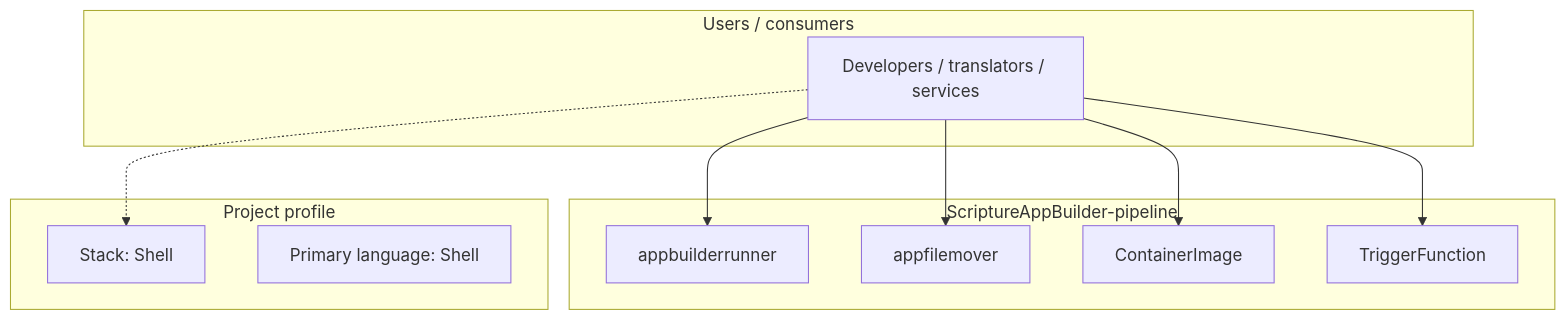
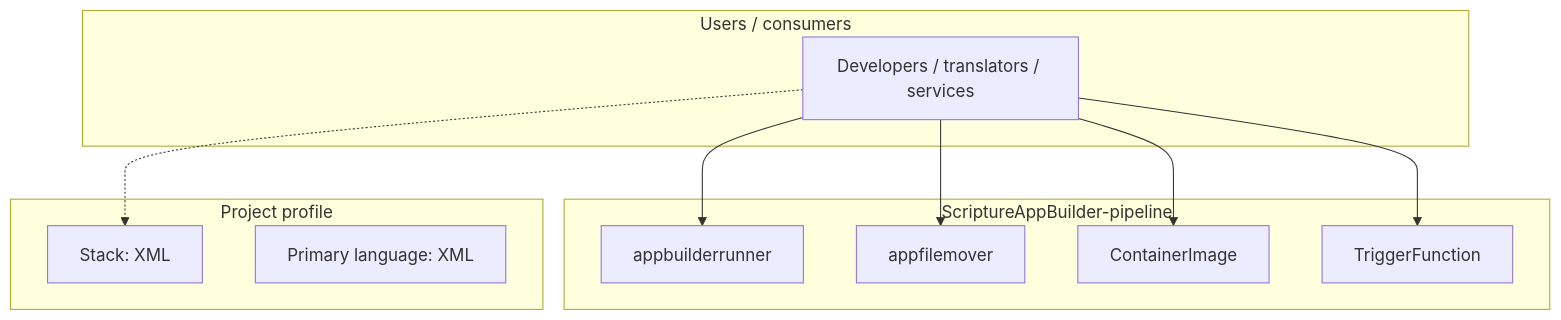
Before and after one commit to AnonymousWalker/project-repos-diagram: the first of 3 diagrams in architecture/Bible-Translation-Tools/ScriptureAppBuilder-pipeline-architecture.md, drawn with Mermaid. The commit also changed other lines of this file and 18 other files, not shown here.

Commit message:
chore: refresh architecture diagrams

````diff
--- a/architecture/Bible-Translation-Tools/ScriptureAppBuilder-pipeline-architecture.md
+++ b/architecture/Bible-Translation-Tools/ScriptureAppBuilder-pipeline-architecture.md
@@ -9,24 +9,24 @@
 ```mermaid
 flowchart TB
   subgraph users["Users / consumers"]
     Users["Developers / translators / services"]
   end
 
   subgraph project["ScriptureAppBuilder-pipeline"]
     M0["appbuilderrunner"]
     M1["appfilemover"]
     M2["ContainerImage"]
     M3["TriggerFunction"]
   end
 
   subgraph meta["Project profile"]
-    Stack["Stack: Shell"]
-    Lang["Primary language: Shell"]
+    Stack["Stack: XML"]
+    Lang["Primary language: XML"]
   end
 
   Users --> M0
   Users --> M1
   Users --> M2
   Users --> M3
   Users -.-> Stack
 ```
````
